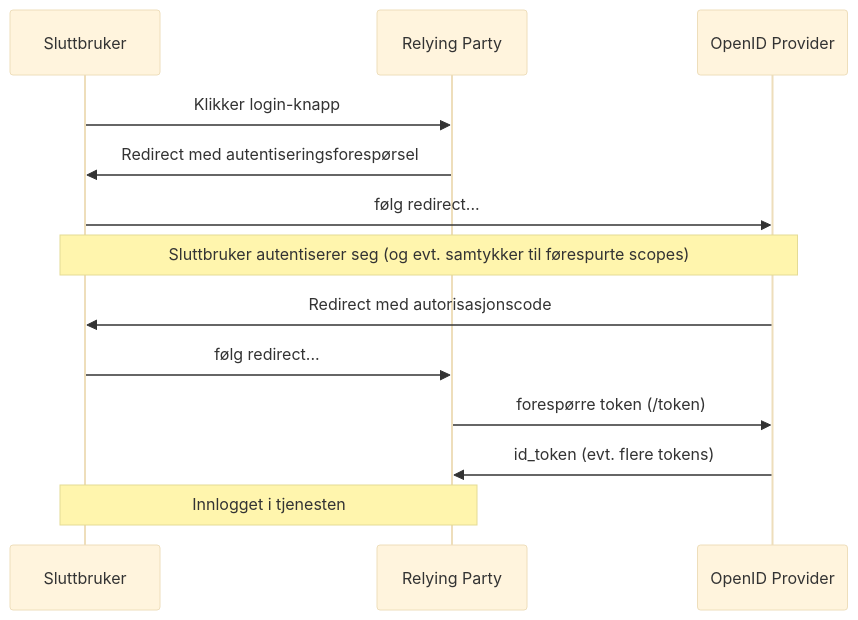
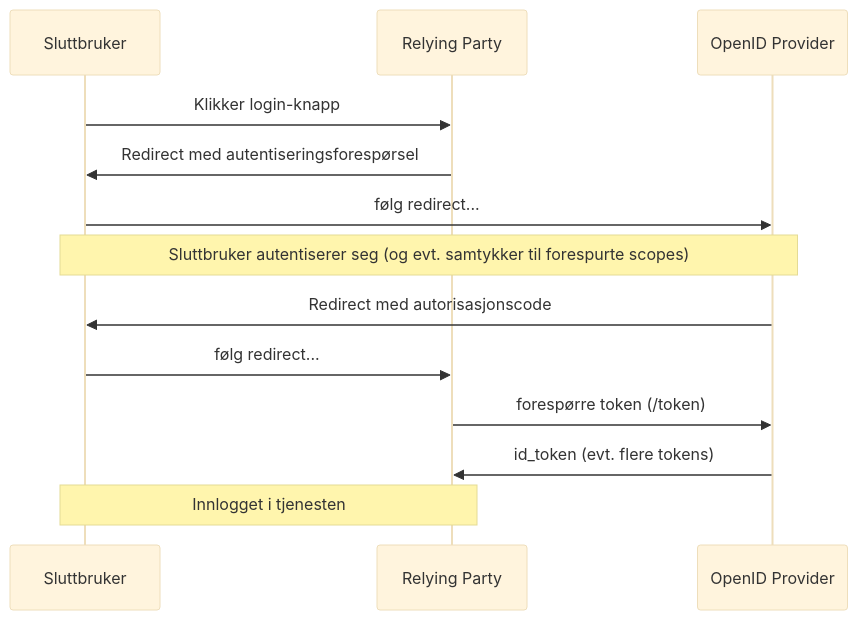
One commit to felleslosninger/docs changed the second of 2 diagrams in _docs/ID-porten/oidc/oidc_guide_idporten.md. Above: the diagram before and after it, drawn with Mermaid (base theme).

Commit message:
Rette skrivefeil

```diff
--- a/_docs/ID-porten/oidc/oidc_guide_idporten.md
+++ b/_docs/ID-porten/oidc/oidc_guide_idporten.md
@@ -40,12 +40,12 @@
 <div class="mermaid">
 sequenceDiagram
   Sluttbruker ->> Relying Party: Klikker login-knapp
   Relying Party ->> Sluttbruker: Redirect med autentiseringsforespørsel
   Sluttbruker ->> OpenID Provider: følg redirect...
-  note over Sluttbruker,OpenID Provider: Sluttbruker autentiserer seg (og evt. samtykker til førespurte scopes)
+  note over Sluttbruker,OpenID Provider: Sluttbruker autentiserer seg (og evt. samtykker til forespurte scopes)
   OpenID Provider ->> Sluttbruker: Redirect med autorisasjonscode
   Sluttbruker ->> Relying Party: følg redirect...
   Relying Party ->> OpenID Provider: forespørre token (/token)
   OpenID Provider ->> Relying Party: id_token (evt. flere tokens)
   note over Sluttbruker,Relying Party: Innlogget i tjenesten
 </div>
```
